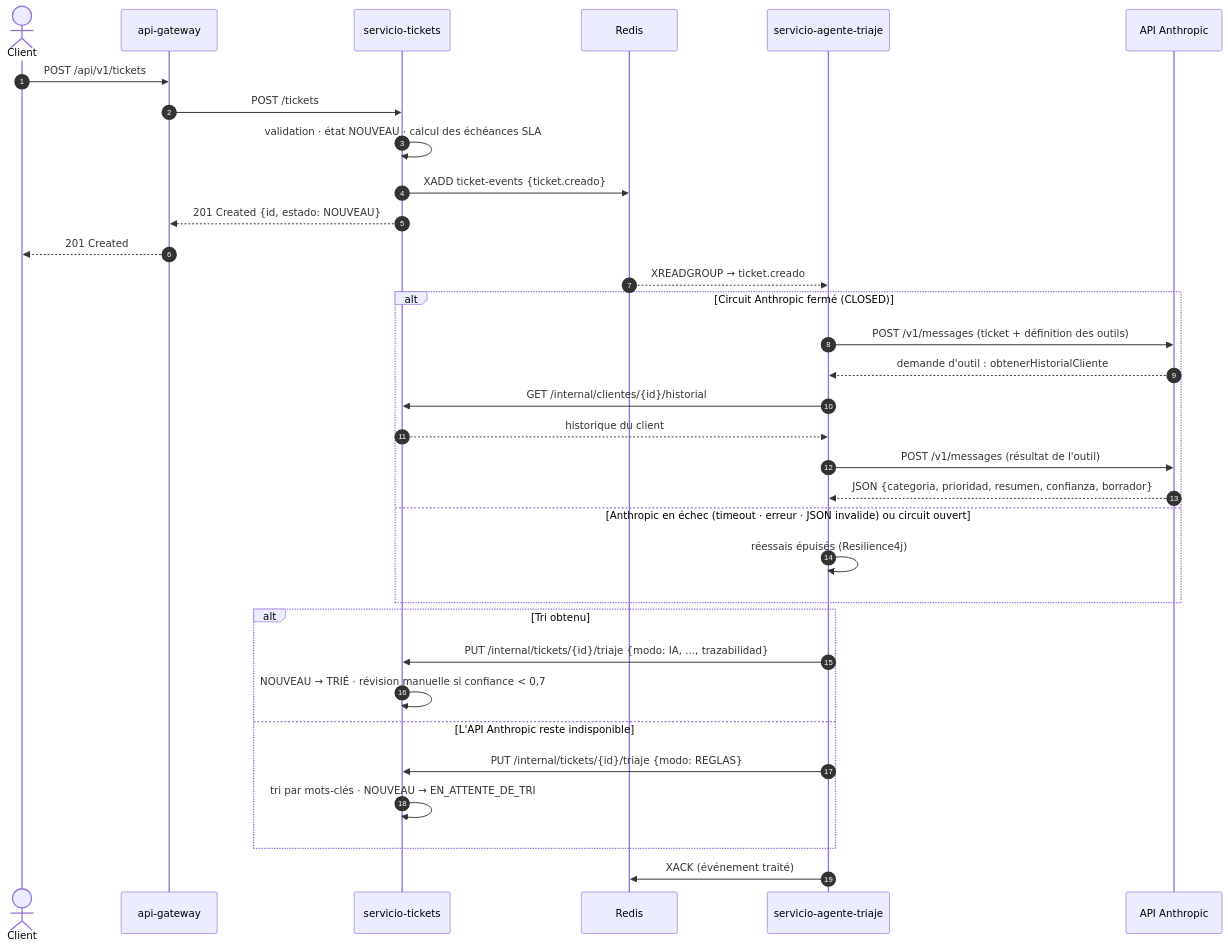
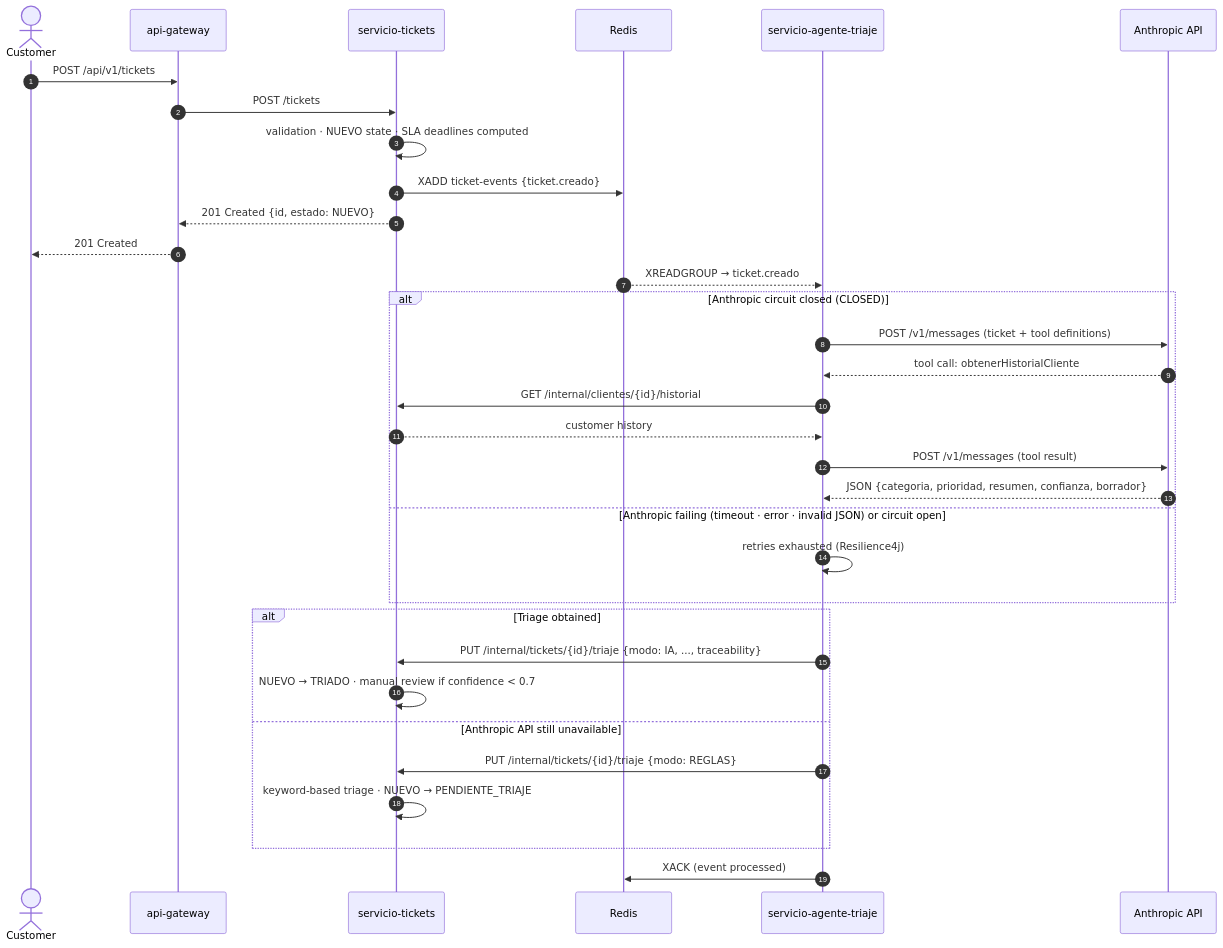
One commit to elgmouad/triage-agentics changed the diagram in docs/diagramas/secuencia-triaje.mmd. Above: the diagram before and after it, drawn with Mermaid. The commit also changed 3 other files, not shown here.

Commit message:
docs: traduce al ingles los diagramas de secuencia y de actores NIST (fuente .mmd y SVG renderizado)

```diff
--- a/docs/diagramas/secuencia-triaje.mmd
+++ b/docs/diagramas/secuencia-triaje.mmd
@@ -1,36 +1,36 @@
 sequenceDiagram
     autonumber
-    actor C as Client
+    actor C as Customer
     participant GW as api-gateway
     participant TK as servicio-tickets
     participant RD as Redis
     participant AG as servicio-agente-triaje
-    participant AN as API Anthropic
+    participant AN as Anthropic API
 
     C->>GW: POST /api/v1/tickets
     GW->>TK: POST /tickets
-    TK->>TK: validation · état NOUVEAU · calcul des échéances SLA
+    TK->>TK: validation · NUEVO state · SLA deadlines computed
     TK->>RD: XADD ticket-events {ticket.creado}
-    TK-->>GW: 201 Created {id, estado: NOUVEAU}
+    TK-->>GW: 201 Created {id, estado: NUEVO}
     GW-->>C: 201 Created
 
     RD-->>AG: XREADGROUP → ticket.creado
-    alt Circuit Anthropic fermé (CLOSED)
-        AG->>AN: POST /v1/messages (ticket + définition des outils)
-        AN-->>AG: demande d'outil : obtenerHistorialCliente
+    alt Anthropic circuit closed (CLOSED)
+        AG->>AN: POST /v1/messages (ticket + tool definitions)
+        AN-->>AG: tool call: obtenerHistorialCliente
         AG->>TK: GET /internal/clientes/{id}/historial
-        TK-->>AG: historique du client
-        AG->>AN: POST /v1/messages (résultat de l'outil)
+        TK-->>AG: customer history
+        AG->>AN: POST /v1/messages (tool result)
         AN-->>AG: JSON {categoria, prioridad, resumen, confianza, borrador}
-    else Anthropic en échec (timeout · erreur · JSON invalide) ou circuit ouvert
-        AG->>AG: réessais épuisés (Resilience4j)
+    else Anthropic failing (timeout · error · invalid JSON) or circuit open
+        AG->>AG: retries exhausted (Resilience4j)
     end
 
-    alt Tri obtenu
-        AG->>TK: PUT /internal/tickets/{id}/triaje {modo: IA, ..., trazabilidad}
-        TK->>TK: NOUVEAU → TRIÉ · révision manuelle si confiance < 0,7
-    else L'API Anthropic reste indisponible
+    alt Triage obtained
+        AG->>TK: PUT /internal/tickets/{id}/triaje {modo: IA, ..., traceability}
+        TK->>TK: NUEVO → TRIADO · manual review if confidence < 0.7
+    else Anthropic API still unavailable
         AG->>TK: PUT /internal/tickets/{id}/triaje {modo: REGLAS}
-        TK->>TK: tri par mots-clés · NOUVEAU → EN_ATTENTE_DE_TRI
+        TK->>TK: keyword-based triage · NUEVO → PENDIENTE_TRIAJE
     end
-    AG->>RD: XACK (événement traité)
+    AG->>RD: XACK (event processed)
```
